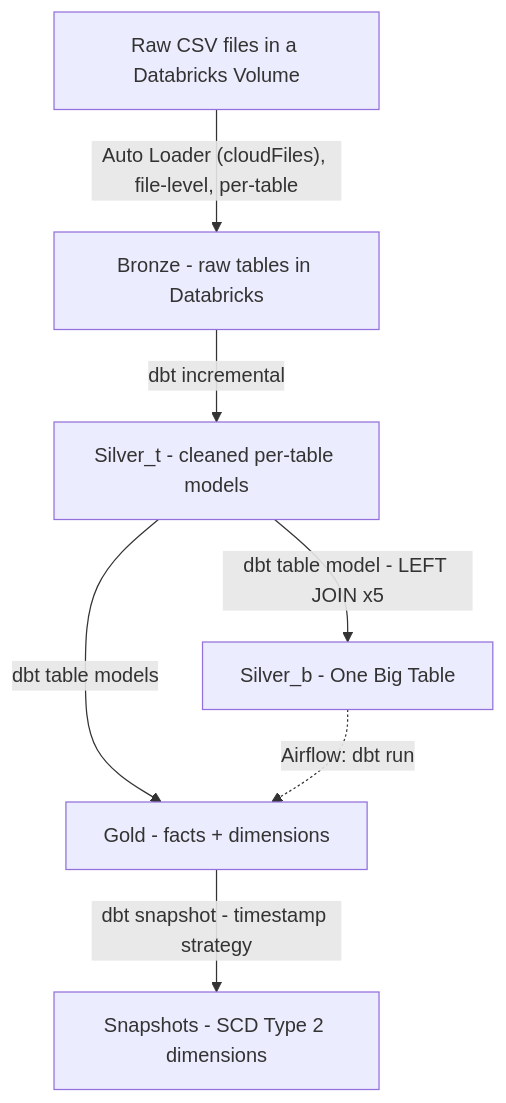
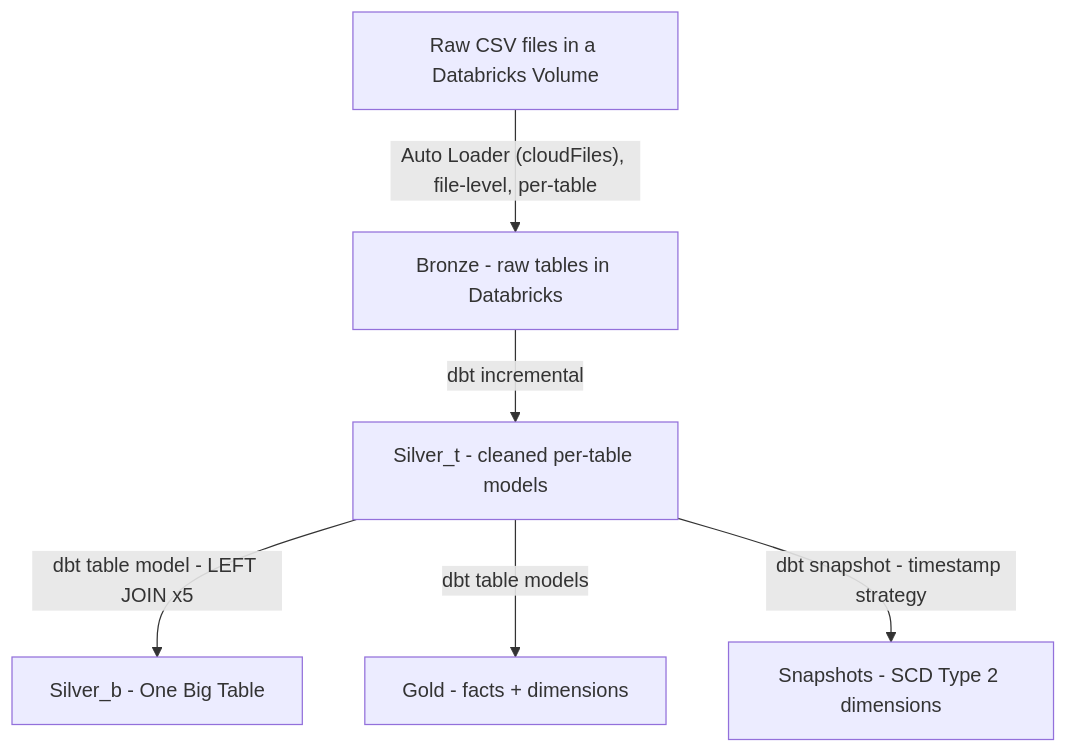
Before and after one commit to chao797Adam/walmart_case: the diagram in README.md, drawn with Mermaid. The commit also changed other lines of this file, not shown here.

````diff
--- a/README.md
+++ b/README.md
@@ -24,9 +24,8 @@
 ```mermaid
 flowchart TD
     A["Raw CSV files in a Databricks Volume"] -->|"Auto Loader (cloudFiles), file-level, per-table"| B["Bronze - raw tables in Databricks"]
     B -->|"dbt incremental"| C["Silver_t - cleaned per-table models"]
     C -->|"dbt table model - LEFT JOIN x5"| D["Silver_b - One Big Table"]
     C -->|"dbt table models"| E["Gold - facts + dimensions"]
-    E -->|"dbt snapshot - timestamp strategy"| F["Snapshots - SCD Type 2 dimensions"]
-    D -.->|"Airflow: dbt run"| E
+    C -->|"dbt snapshot - timestamp strategy"| F["Snapshots - SCD Type 2 dimensions"]
 ```
````
